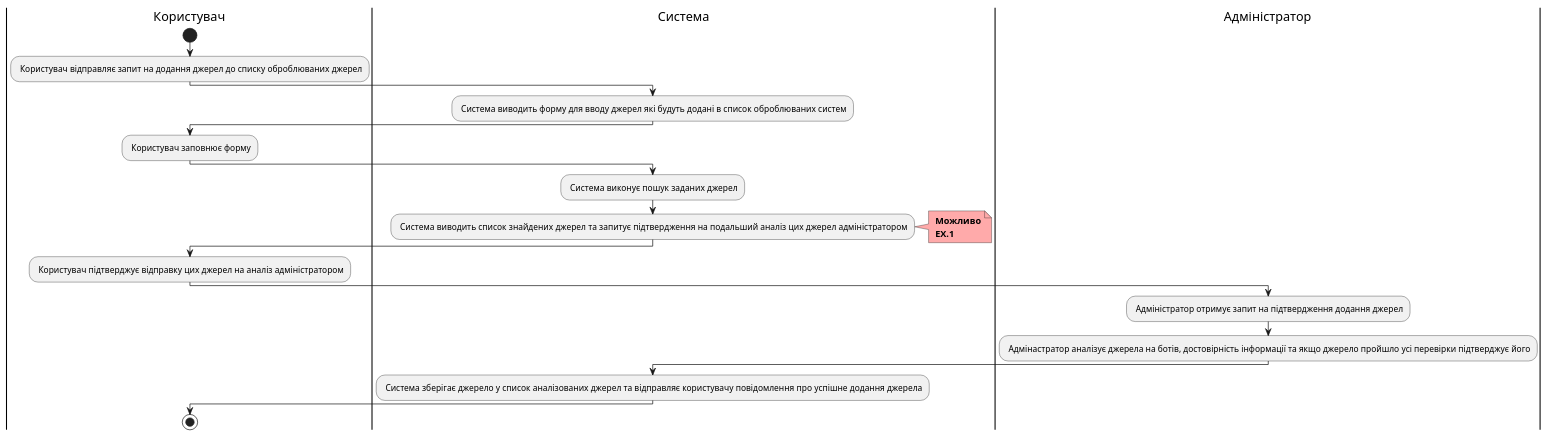
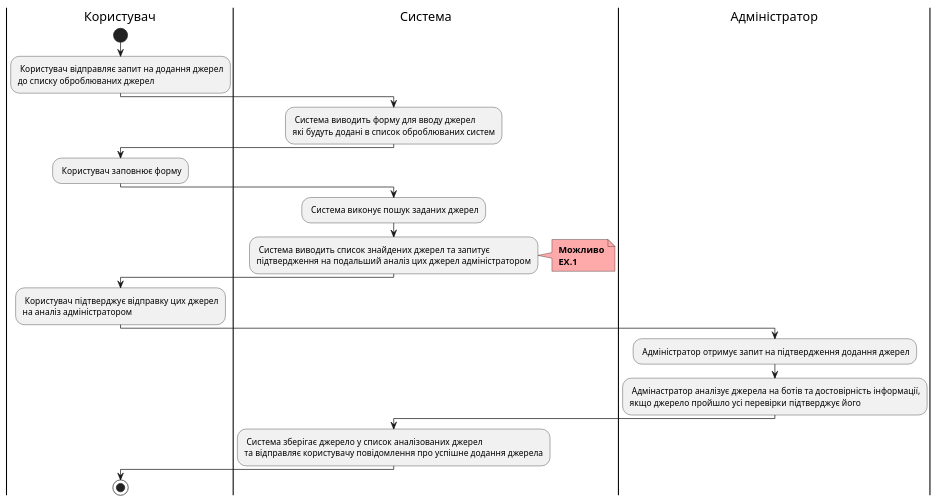
Before and after one commit to boldak/edu-db-cw: the seventh of 8 diagrams in docs/use cases/README.md, drawn with PlantUML. The commit also changed other lines of this file, not shown here.

Commit message:
Fixed schemes

```diff
--- a/docs/use cases/README.md
+++ b/docs/use cases/README.md
@@ -242,27 +242,33 @@
 @startuml
 
 |Користувач|
     start
-    : Користувач відправляє запит на додання джерел до списку оброблюваних джерел;
+    : Користувач відправляє запит на додання джерел
+ до списку оброблюваних джерел;
 |Система|
-    : Система виводить форму для вводу джерел які будуть додані в список оброблюваних систем;
+    : Система виводить форму для вводу джерел
+ які будуть додані в список оброблюваних систем;
 |Користувач|
     : Користувач заповнює форму;
 |Система|
     : Система виконує пошук заданих джерел;
-    : Система виводить список знайдених джерел та запитує підтвердження на подальший аналіз цих джерел адміністратором;
+    : Система виводить список знайдених джерел та запитує
+ підтвердження на подальший аналіз цих джерел адміністратором;
         note right #ffaaaa
         <b> Можливо
         <b> EX.1
         end note
 |Користувач|
-    : Користувач підтверджує відправку цих джерел на аналіз адміністратором;
+    : Користувач підтверджує відправку цих джерел
+ на аналіз адміністратором;
 |Адміністратор|
     : Адміністратор отримує запит на підтвердження додання джерел;
-    : Адмінастратор аналізує джерела на ботів, достовірність інформації та якщо джерело пройшло усі перевірки підтверджує його;
+    : Адмінастратор аналізує джерела на ботів та достовірність інформації,
+ якщо джерело пройшло усі перевірки підтверджує його;
 |Система|
-    : Система зберігає джерело у список аналізованих джерел та відправляє користувачу повідомлення про успішне додання джерела;
+    : Система зберігає джерело у список аналізованих джерел
+ та відправляє користувачу повідомлення про успішне додання джерела;
 |Користувач|
     stop;
 
 @enduml
```
